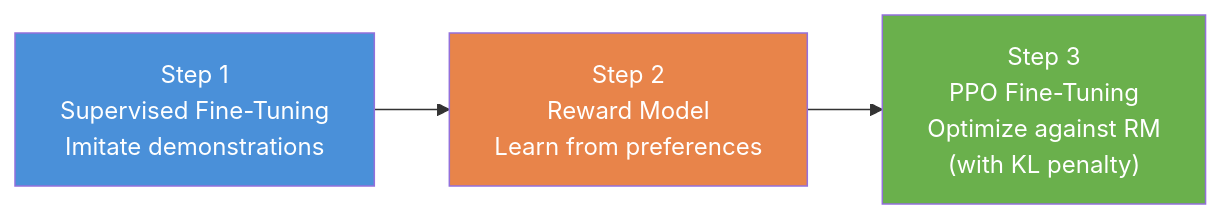
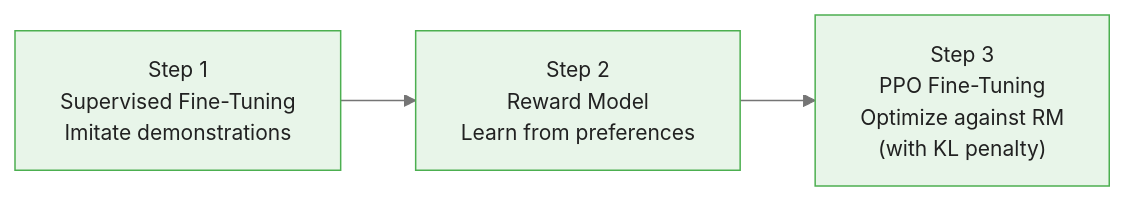
Before and after one commit to m-deane/course-creator: the first of 5 diagrams in courses/reinforcement-learning/modules/module_09_frontiers/guides/03_rlhf_and_safety_slides.md, drawn with Mermaid. The commit also changed other lines of this file and 131 other files, not shown here.

````diff
--- a/courses/reinforcement-learning/modules/module_09_frontiers/guides/03_rlhf_and_safety_slides.md
+++ b/courses/reinforcement-learning/modules/module_09_frontiers/guides/03_rlhf_and_safety_slides.md
@@ -42,9 +47,7 @@
 ```mermaid
+%%{init: {"theme": "base", "themeVariables": {"primaryColor": "#e8f5e9", "primaryBorderColor": "#4caf50", "primaryTextColor": "#212121", "secondaryColor": "#e3f2fd", "tertiaryColor": "#fff8e1", "lineColor": "#757575", "fontFamily": "Inter, sans-serif", "fontSize": "14px"}}}%%
 flowchart LR
     SFT["Step 1\nSupervised Fine-Tuning\nImitate demonstrations"] --> RM["Step 2\nReward Model\nLearn from preferences"]
     RM --> PPO["Step 3\nPPO Fine-Tuning\nOptimize against RM\n(with KL penalty)"]
 
-    style SFT fill:#4A90D9,color:#fff
-    style RM fill:#E8844A,color:#fff
-    style PPO fill:#6ab04c,color:#fff
 ```
````
